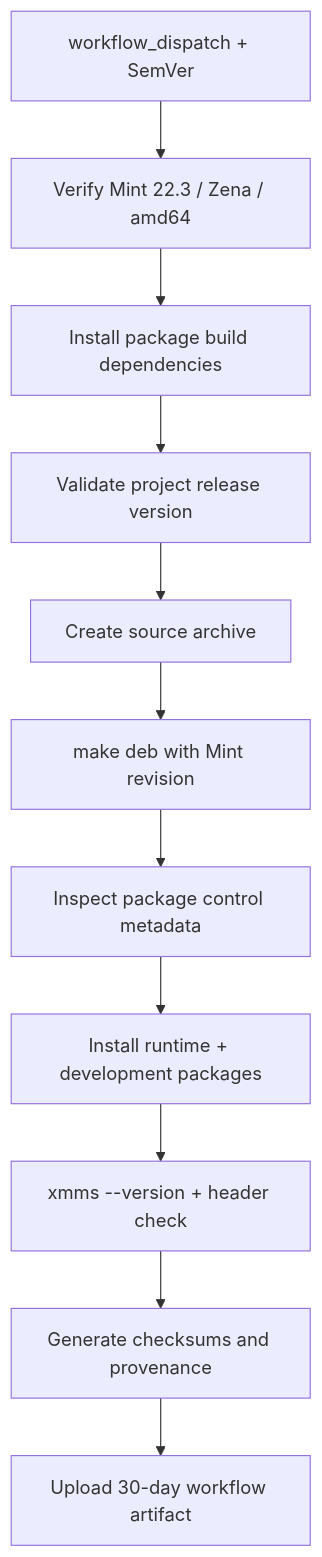
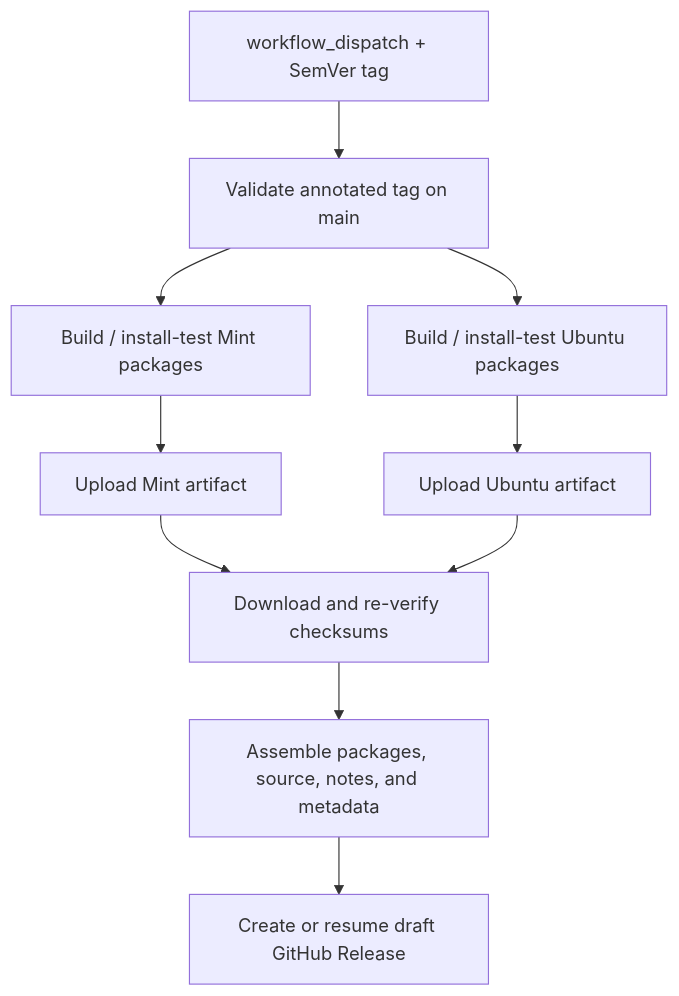
Before and after one commit to tuunanet/xmms-gtk2: the fourth of 4 diagrams in docs/architecture/build-and-test.md, drawn with Mermaid. The commit also changed other lines of this file and 19 other files, not shown here.

First line of the commit message:
feat(release): publish Ubuntu and Mint package drafts

````diff
--- a/docs/architecture/build-and-test.md
+++ b/docs/architecture/build-and-test.md
@@ -213,13 +214,12 @@
 ```mermaid
 flowchart TB
-    M["workflow_dispatch + SemVer"] --> ID[Verify Mint 22.3 / Zena / amd64]
-    ID --> DEP[Install package build dependencies]
-    DEP --> VER[Validate project release version]
-    VER --> DIST[Create source archive]
-    DIST --> DEB["make deb with Mint revision"]
-    DEB --> INSPECT[Inspect package control metadata]
-    INSPECT --> INSTALL[Install runtime + development packages]
-    INSTALL --> SMOKE["xmms --version + header check"]
-    SMOKE --> SUM[Generate checksums and provenance]
-    SUM --> ART[Upload 30-day workflow artifact]
+    M["workflow_dispatch + SemVer tag"] --> TAG[Validate annotated tag on main]
+    TAG --> MINT[Build / install-test Mint packages]
+    TAG --> UBUNTU[Build / install-test Ubuntu packages]
+    MINT --> MINTART[Upload Mint artifact]
+    UBUNTU --> UBUNTUART[Upload Ubuntu artifact]
+    MINTART --> FANIN[Download and re-verify checksums]
+    UBUNTUART --> FANIN
+    FANIN --> ASSEMBLE[Assemble packages, source, notes, and metadata]
+    ASSEMBLE --> DRAFT[Create or resume draft GitHub Release]
 ```
````
